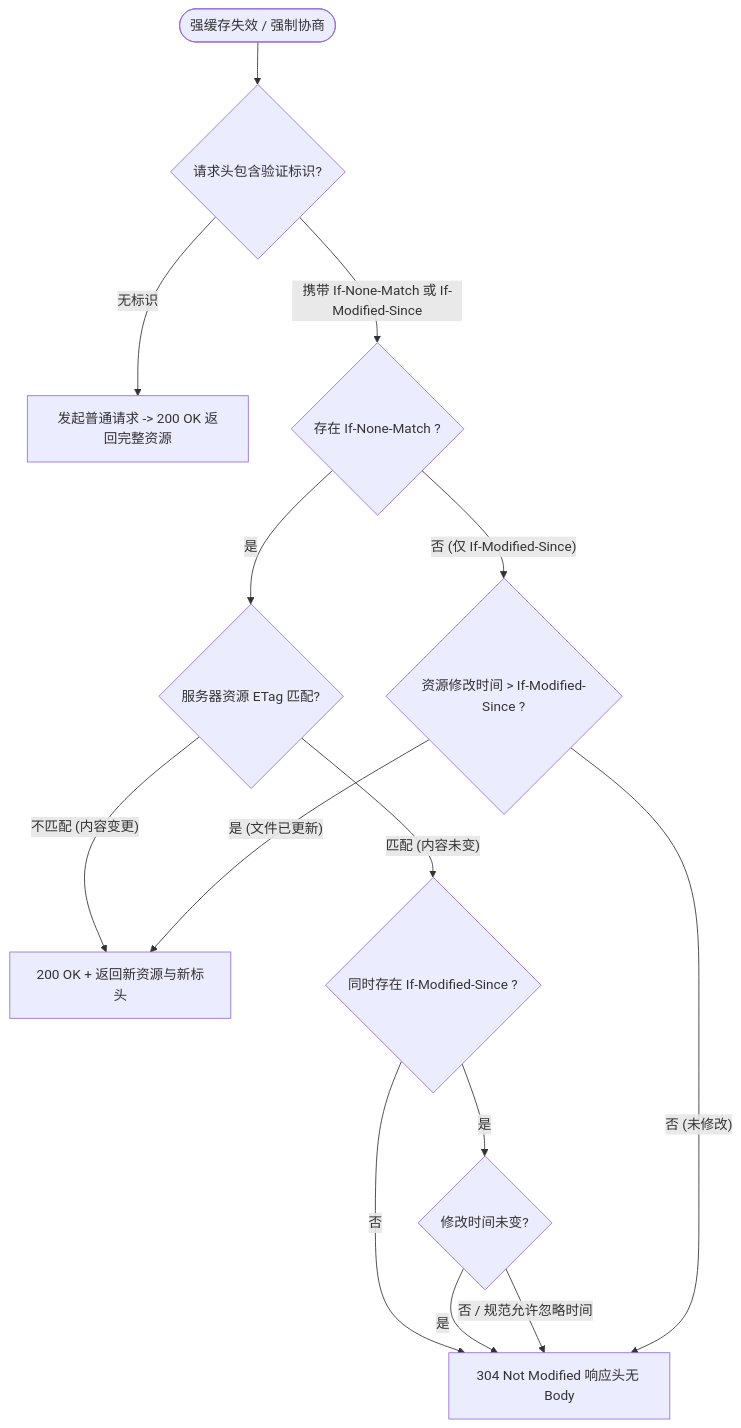
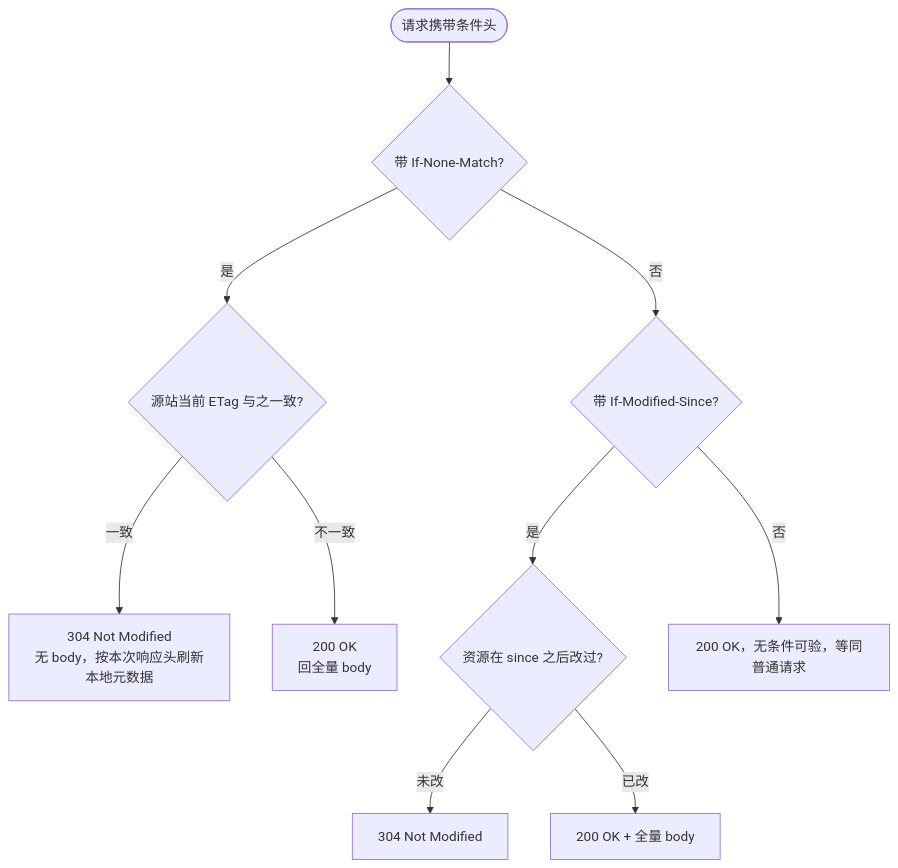
One commit to pedyc/dg.pedyc changed the diagram in content/30-RESOURCES/HTTP协商缓存.md. Above: the diagram before and after it, drawn with Mermaid. The commit also changed other lines of this file and 11 other files, not shown here.

`````diff
--- a/content/30-RESOURCES/HTTP协商缓存.md
+++ b/content/30-RESOURCES/HTTP协商缓存.md
@@ -39,22 +34,12 @@
 ```mermaid
 flowchart TD
-    Start([强缓存失效 / 强制协商]) --> CheckHeaders{请求头包含验证标识?}
-    CheckHeaders -- 无标识 --> Fetch200[发起普通请求 -> 200 OK 返回完整资源]
-    
-    CheckHeaders -- 携带 If-None-Match 或 If-Modified-Since --> CheckETag{存在 If-None-Match ?}
-    
-    %% ETag 路径（高优先级）
-    CheckETag -- 是 --> ValidateETag{服务器资源 ETag 匹配?}
-    ValidateETag -- 不匹配 (内容变更) --> Resp200[200 OK + 返回新资源与新标头]
-    ValidateETag -- 匹配 (内容未变) --> CheckBoth{同时存在 If-Modified-Since ?}
-    
-    CheckBoth -- 是 --> ValidateTime{修改时间未变?}
-    CheckBoth -- 否 --> Resp304[304 Not Modified 响应头无 Body]
-    ValidateTime -- 是 --> Resp304
-    ValidateTime -- 否 / 规范允许忽略时间 --> Resp304
-    
-    %% 仅 Last-Modified 路径（低优先级兜底）
-    CheckETag -- 否 (仅 If-Modified-Since) --> ValidateTimeOnly{资源修改时间 > If-Modified-Since ?}
-    ValidateTimeOnly -- 是 (文件已更新) --> Resp200
-    ValidateTimeOnly -- 否 (未修改) --> Resp304
-````
+    Req([请求携带条件头]) --> Has{带 If-None-Match?}
+    Has -- 是 --> Match{源站当前 ETag 与之一致?}
+    Has -- 否 --> Has2{带 If-Modified-Since?}
+    Match -- 一致 --> N304[304 Not Modified<br/>无 body，按本次响应头刷新本地元数据]
+    Match -- 不一致 --> N200[200 OK<br/>回全量 body]
+    Has2 -- 是 --> Mod{资源在 since 之后改过?}
+    Has2 -- 否 --> Plain[200 OK，无条件可验，等同普通请求]
+    Mod -- 未改 --> S304[304 Not Modified]
+    Mod -- 已改 --> S200[200 OK + 全量 body]
+```
`````
